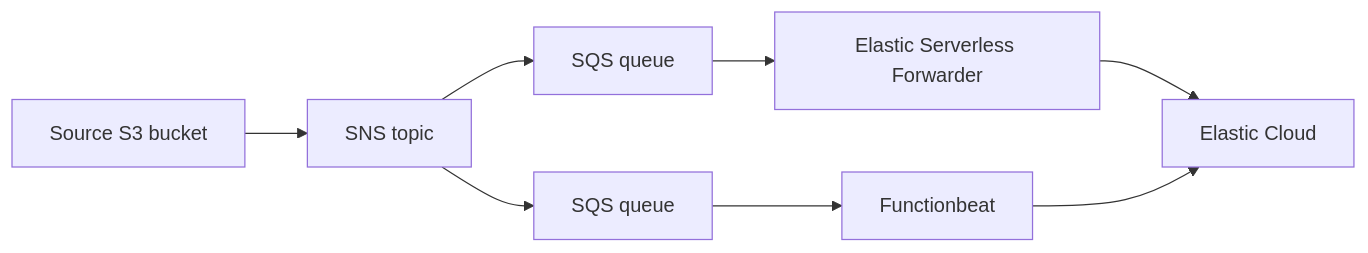
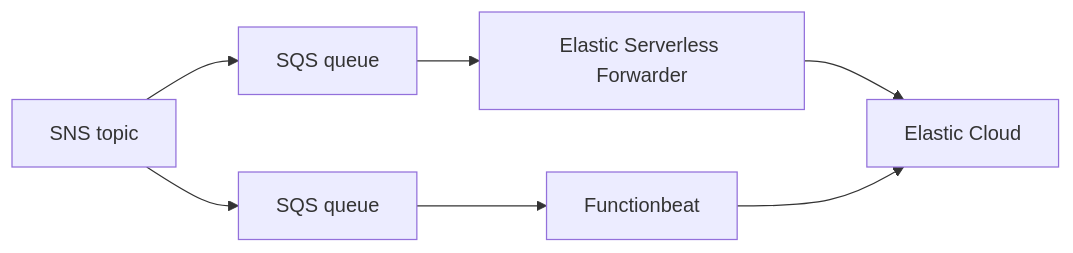
The diagram in README.md (girodav/esf-vs-functionbeat-terraform), drawn with Mermaid before and after one commit. The commit also changed other lines of this file and 5 other files, not shown here.

Commit message:
Deploy ESF without SAR, remove source S3 bucket definition as not required

````diff
--- a/README.md
+++ b/README.md
@@ -5,10 +5,9 @@
 ```mermaid
 flowchart LR
-    source_s3[Source S3 bucket] --> sns[SNS topic]
     sns[SNS topic] --> sqs_1[SQS queue]
     sns[SNS topic] --> sqs_2[SQS queue]
     sqs_1[SQS queue] --> lambda_1[Elastic Serverless Forwarder]
     sqs_2[SQS queue] --> lambda_2[Functionbeat]
     lambda_1[Elastic Serverless Forwarder] --> elastic[Elastic Cloud]
     lambda_2[Functionbeat] --> elastic[Elastic Cloud]
 ```
````
